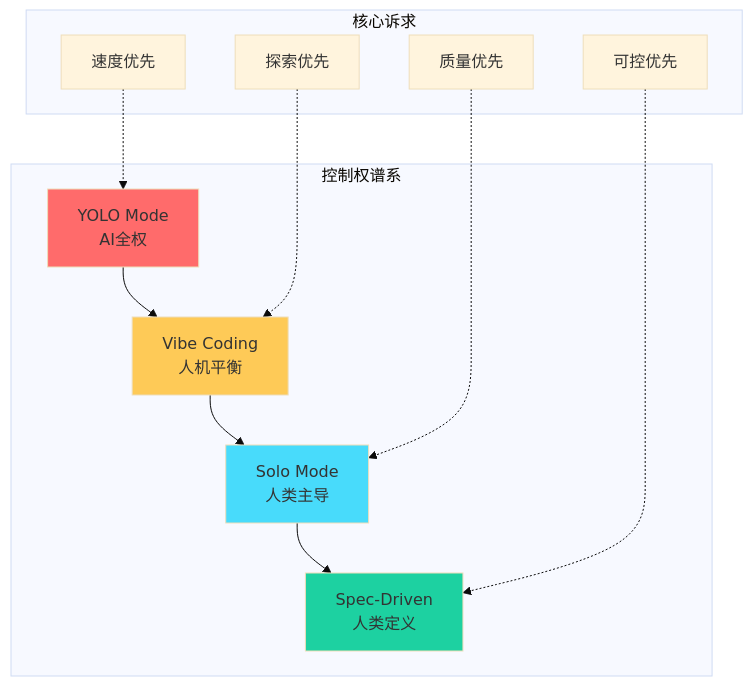
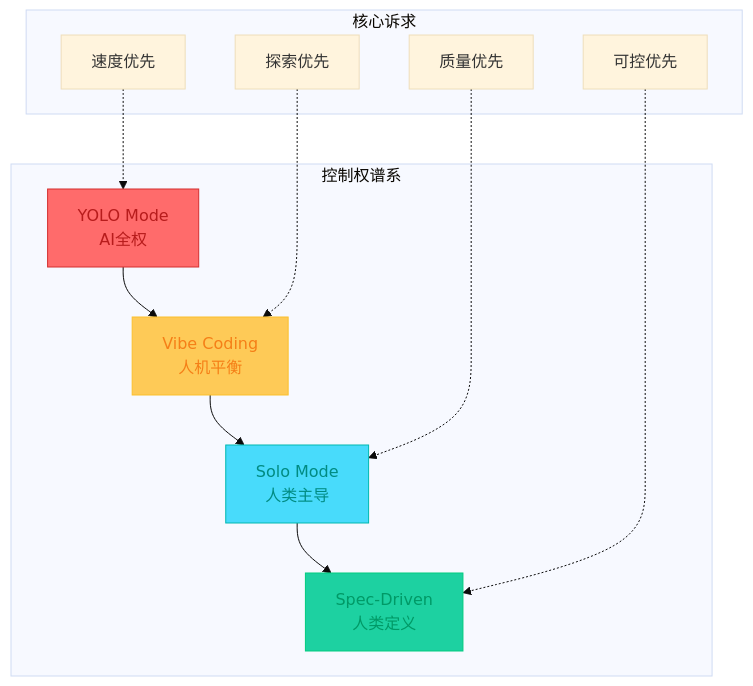
The second of 10 diagrams in _posts/2025-08-01-ai-coding-paradigms.md (FreezeSoul/freezesoul.github.com), drawn with Mermaid (base theme) before and after one commit. The commit also changed other lines of this file and 9 other files, not shown here.

Commit message:
修正mermaid配色与要求

````diff
--- a/_posts/2025-08-01-ai-coding-paradigms.md
+++ b/_posts/2025-08-01-ai-coding-paradigms.md
@@ -66,20 +66,20 @@
 ```mermaid
 graph TD
     subgraph 控制权谱系
         A[YOLO Mode<br/>AI全权] --> B[Vibe Coding<br/>人机平衡]
         B --> C[Solo Mode<br/>人类主导]
         C --> D[Spec-Driven<br/>人类定义]
     end
 
     subgraph 核心诉求
         E[速度优先] -.-> A
         F[探索优先] -.-> B
         G[质量优先] -.-> C
         H[可控优先] -.-> D
     end
 
-    style A fill:#ff6b6b
-    style B fill:#feca57
-    style C fill:#48dbfb
-    style D fill:#1dd1a1
+    style A fill:#ff6b6b,stroke:#d32f2f,color:#b71c1c
+    style B fill:#feca57,stroke:#fbc02d,color:#f57f17
+    style C fill:#48dbfb,stroke:#00b8b0,color:#008b82
+    style D fill:#1dd1a1,stroke:#00cc7f,color:#009966
 ```
````
